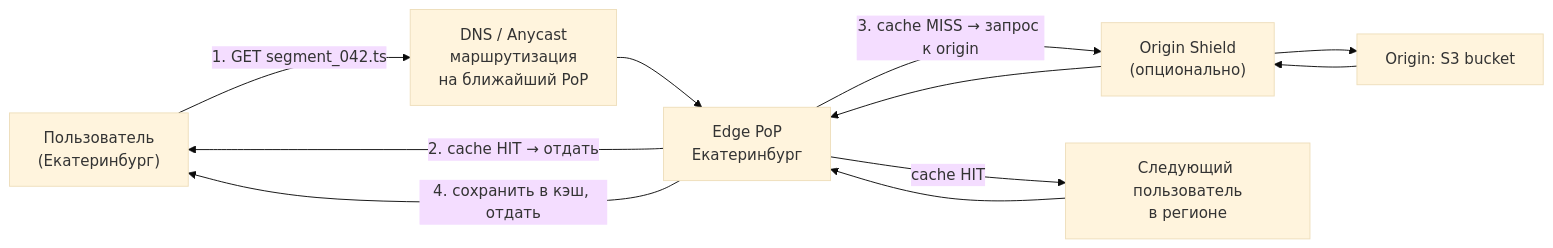
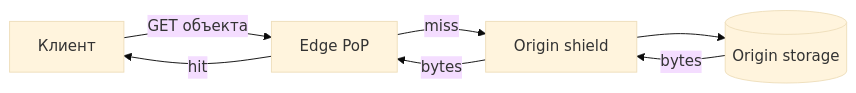
Before and after one commit to AlohaJava/system-design-interview-chamkin: the fourth of 5 diagrams in 01-building-blocks/cdn-and-blob-storage.md, drawn with Mermaid (base theme). The commit also changed other lines of this file and 49 other files, not shown here.

````diff
--- a/01-building-blocks/cdn-and-blob-storage.md
+++ b/01-building-blocks/cdn-and-blob-storage.md
@@ -211,12 +240,9 @@
 ```mermaid
 flowchart LR
-    U["Пользователь<br/>(Екатеринбург)"] -->|"1. GET segment_042.ts"| DNS["DNS / Anycast<br/>маршрутизация<br/>на ближайший PoP"]
-    DNS --> Edge["Edge PoP<br/>Екатеринбург"]
-    Edge -->|"2. cache HIT → отдать"| U
-    Edge -->|"3. cache MISS → запрос к origin"| Shield["Origin Shield<br/>(опционально)"]
-    Shield --> Origin["Origin: S3 bucket"]
-    Origin --> Shield --> Edge
-    Edge -->|"4. сохранить в кэш, отдать"| U
-    Next["Следующий пользователь<br/>в регионе"] --> Edge
-    Edge -->|"cache HIT"| Next
+    U["Клиент"] -->|"GET объекта"| E["Edge PoP"]
+    E -->|"hit"| U
+    E -->|"miss"| S["Origin shield"]
+    S --> O[("Origin storage")]
+    O -->|"bytes"| S
+    S -->|"bytes"| E
 ```
````
